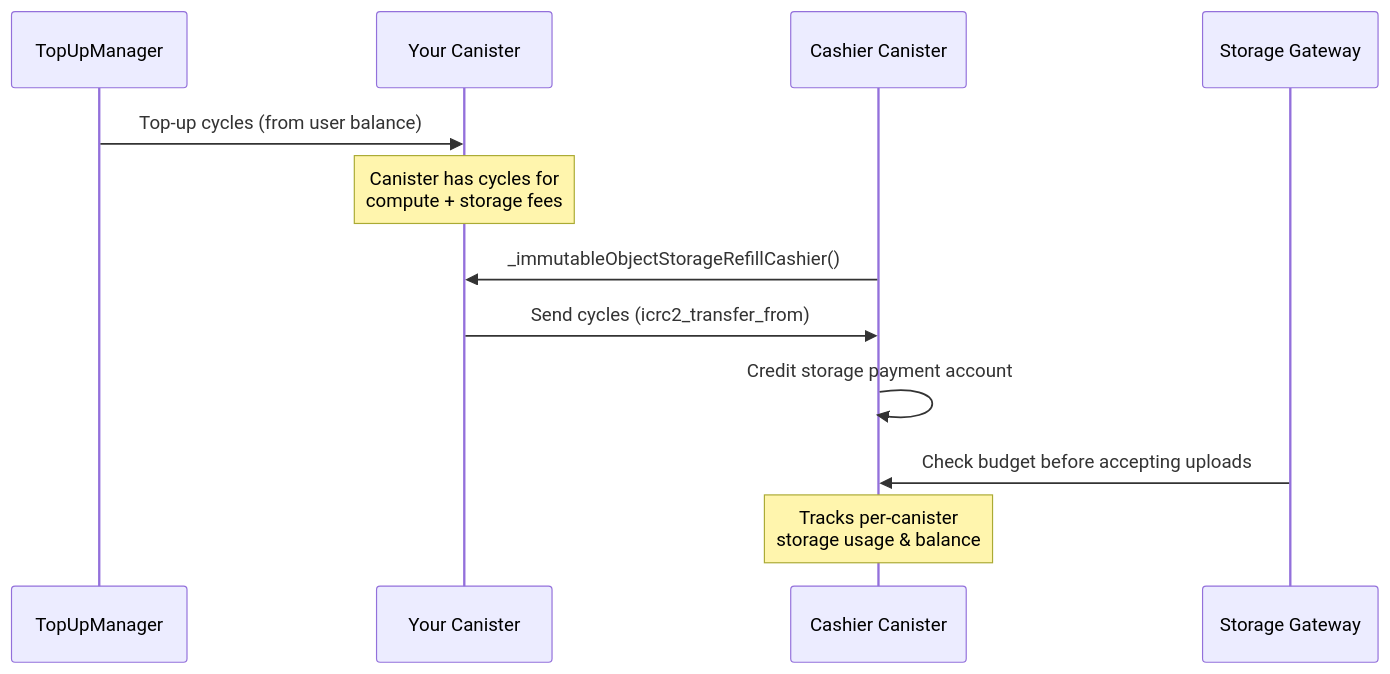
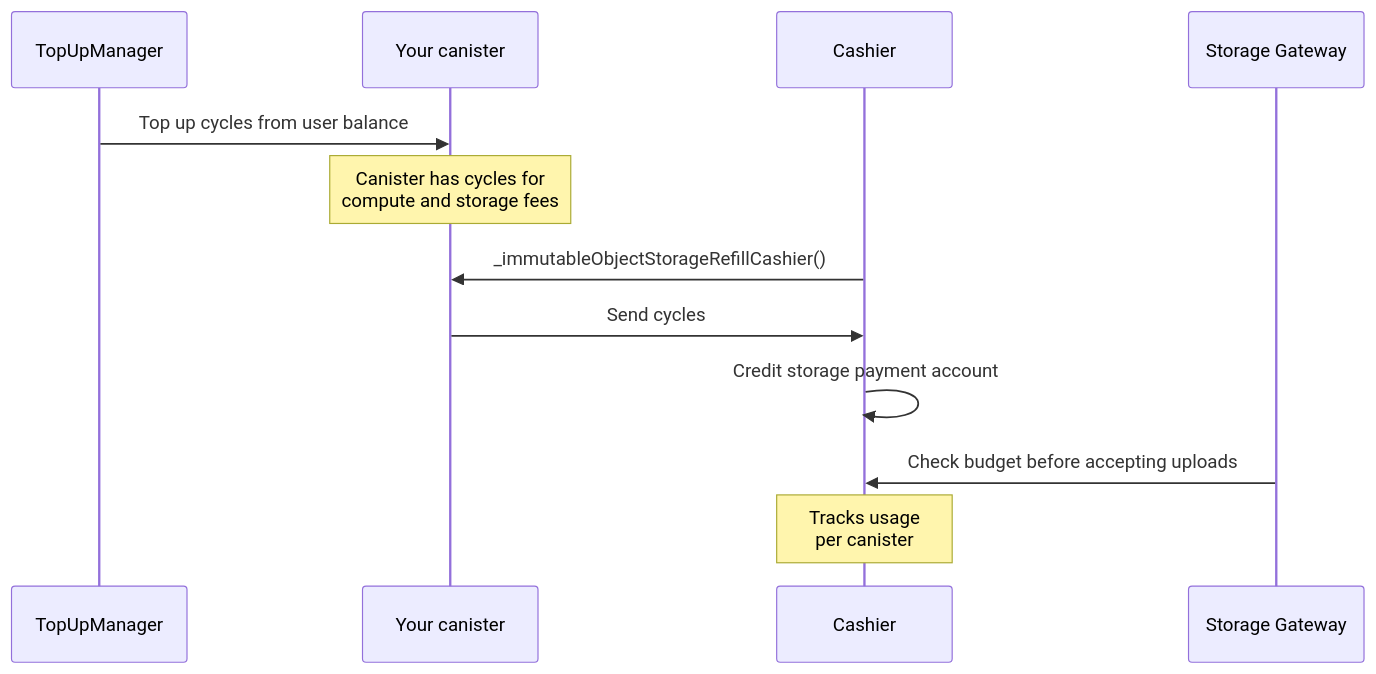
One commit to rabbithole-app/v2 changed the second of 2 diagrams in apps/docs/src/en/how-it-works/payment.md. Above: the diagram before and after it, drawn with Mermaid. The commit also changed other lines of this file and 60 other files, not shown here.

````diff
--- a/apps/docs/src/en/how-it-works/payment.md
+++ b/apps/docs/src/en/how-it-works/payment.md
@@ -114,15 +142,15 @@
 ```mermaid
 sequenceDiagram
     participant TM as TopUpManager
-    participant UC as Your Canister
-    participant CA as Cashier Canister
+    participant UC as Your canister
+    participant CA as Cashier
     participant GW as Storage Gateway
 
-    TM->>UC: Top-up cycles (from user balance)
-    Note over UC: Canister has cycles for<br/>compute + storage fees
+    TM->>UC: Top up cycles from user balance
+    Note over UC: Canister has cycles for<br/>compute and storage fees
     CA->>UC: _immutableObjectStorageRefillCashier()
-    UC->>CA: Send cycles (icrc2_transfer_from)
+    UC->>CA: Send cycles
     CA->>CA: Credit storage payment account
     GW->>CA: Check budget before accepting uploads
-    Note over CA: Tracks per-canister<br/>storage usage & balance
+    Note over CA: Tracks usage<br/>per canister
 ```
````
